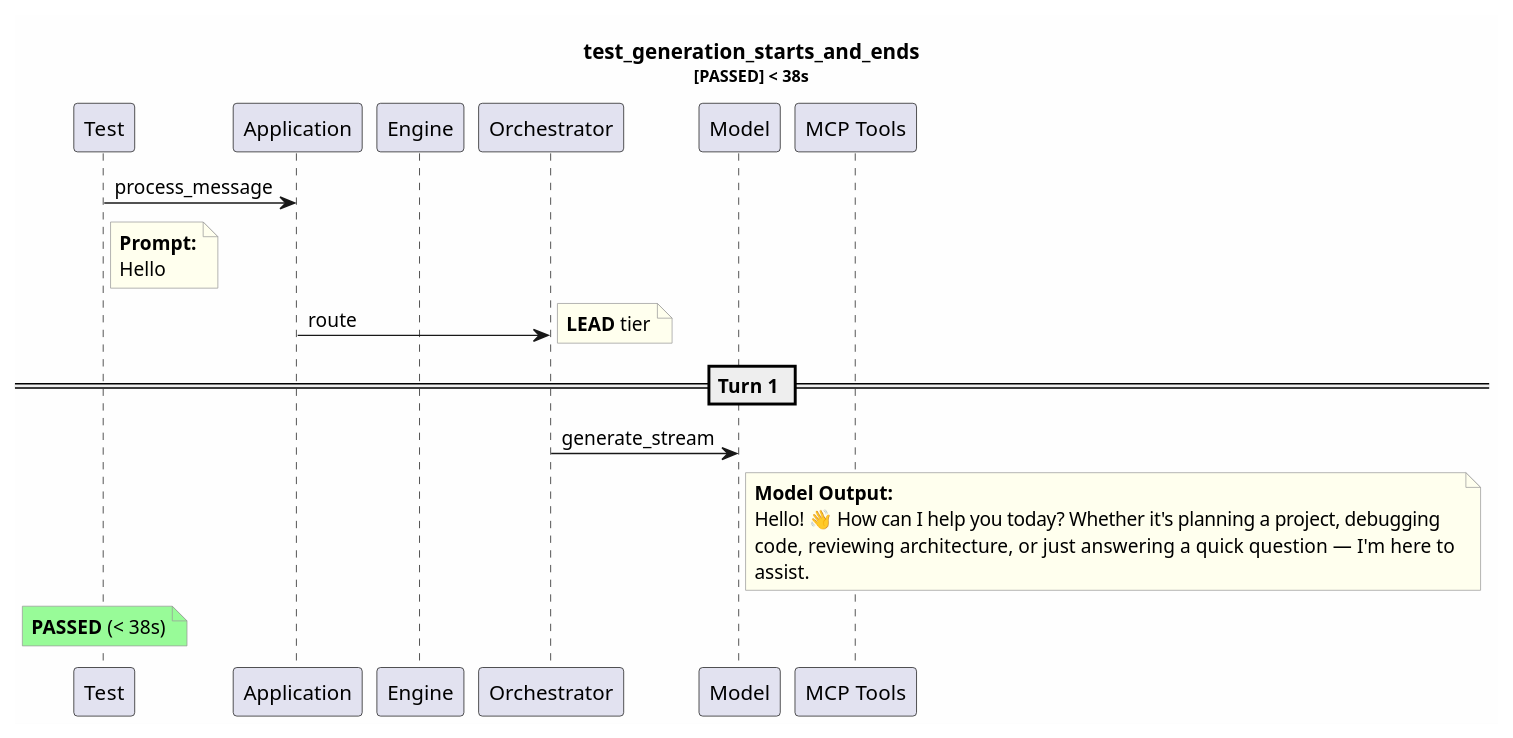
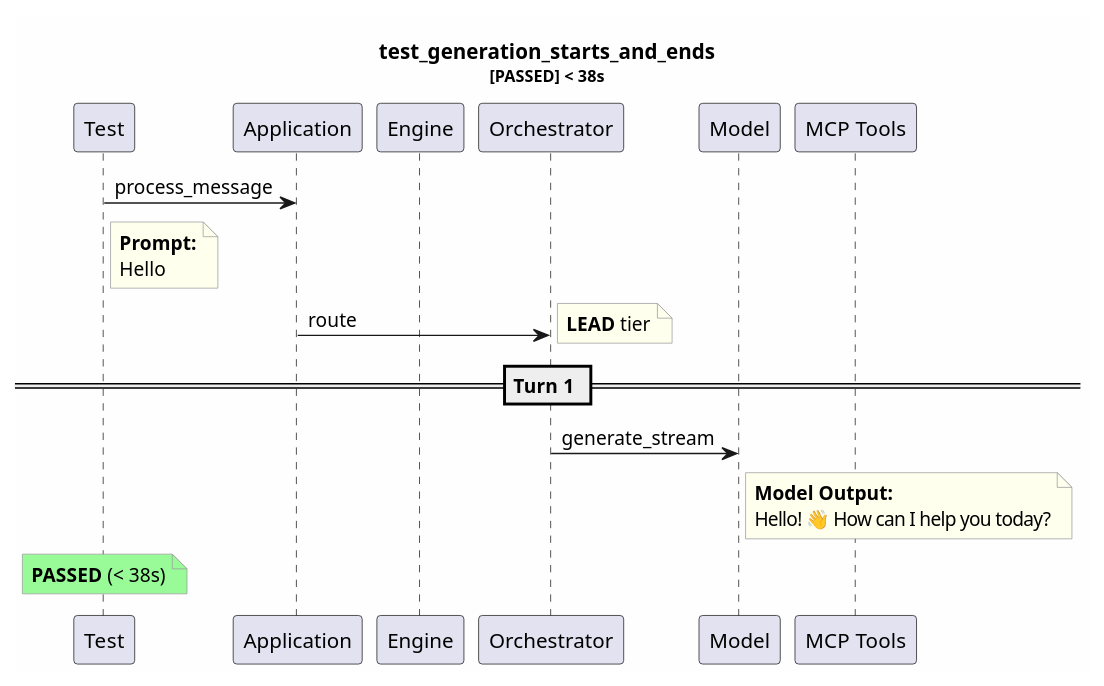
The diagram in test-reports/logs/test_generation_starts_and_ends/test_generation_starts_and_ends.puml (tvanfossen/entropic), drawn with PlantUML before and after one commit. The commit also changed 11 other files, not shown here.

```diff
--- a/test-reports/logs/test_generation_starts_and_ends/test_generation_starts_and_ends.puml
+++ b/test-reports/logs/test_generation_starts_and_ends/test_generation_starts_and_ends.puml
@@ -1,33 +1,31 @@
 @startuml
 skinparam backgroundColor #FEFEFE
 skinparam noteBorderColor #999999
 skinparam noteBackgroundColor #FFFFEE
 title test_generation_starts_and_ends\n<size:11>[PASSED] < 38s</size>
 
 participant "Test" as T
 participant "Application" as App
 participant "Engine" as Eng
 participant "Orchestrator" as Orch
 participant "Model" as Mdl
 participant "MCP Tools" as MCP
 
 T -> App: process_message
 note right of T
   **Prompt:**
   Hello
 end note
 App -> Orch: route
 note right: **LEAD** tier
 == Turn 1 ==
 Orch -> Mdl: generate_stream
 note right of Mdl
   **Model Output:**
-  Hello! 👋 How can I help you today? Whether it's planning a project, debugging 
-  code, reviewing architecture, or just answering a quick question — I'm here to 
-  assist.
+  Hello! 👋 How can I help you today?
 end note
 note over T #palegreen
   **PASSED** (< 38s)
 end note
 
 @enduml
```
